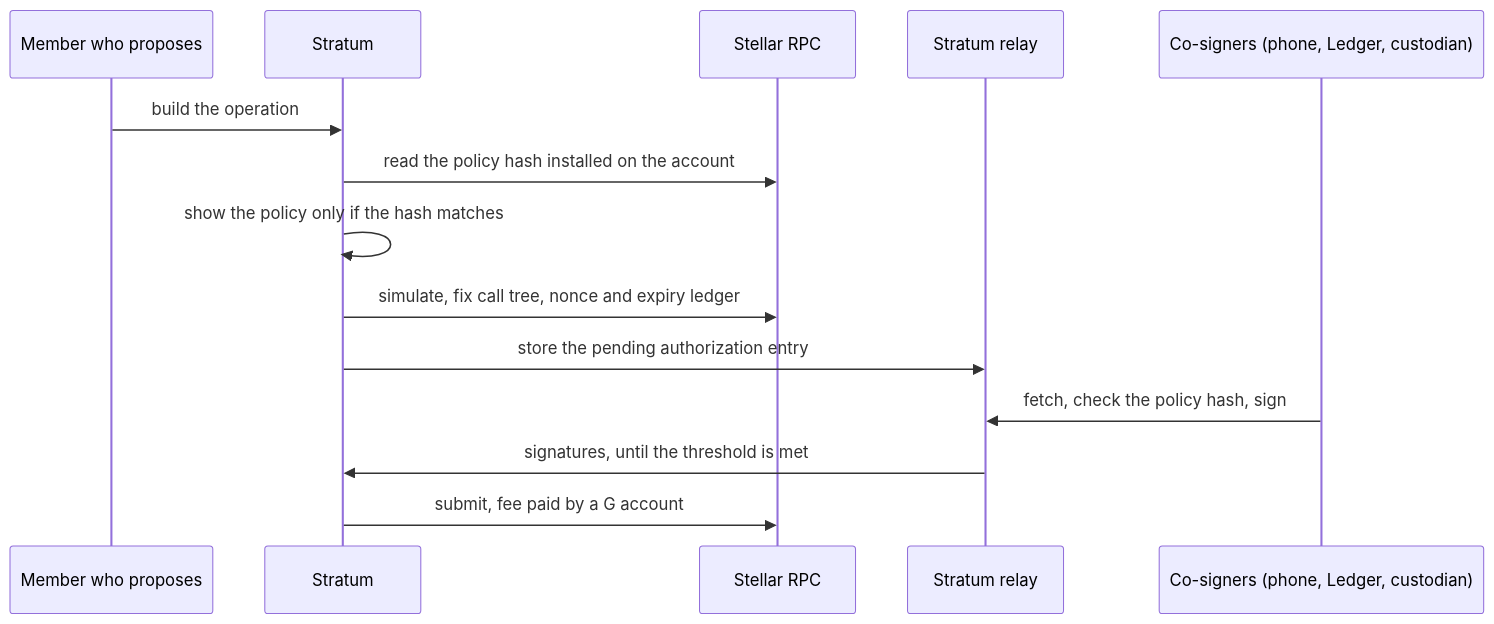
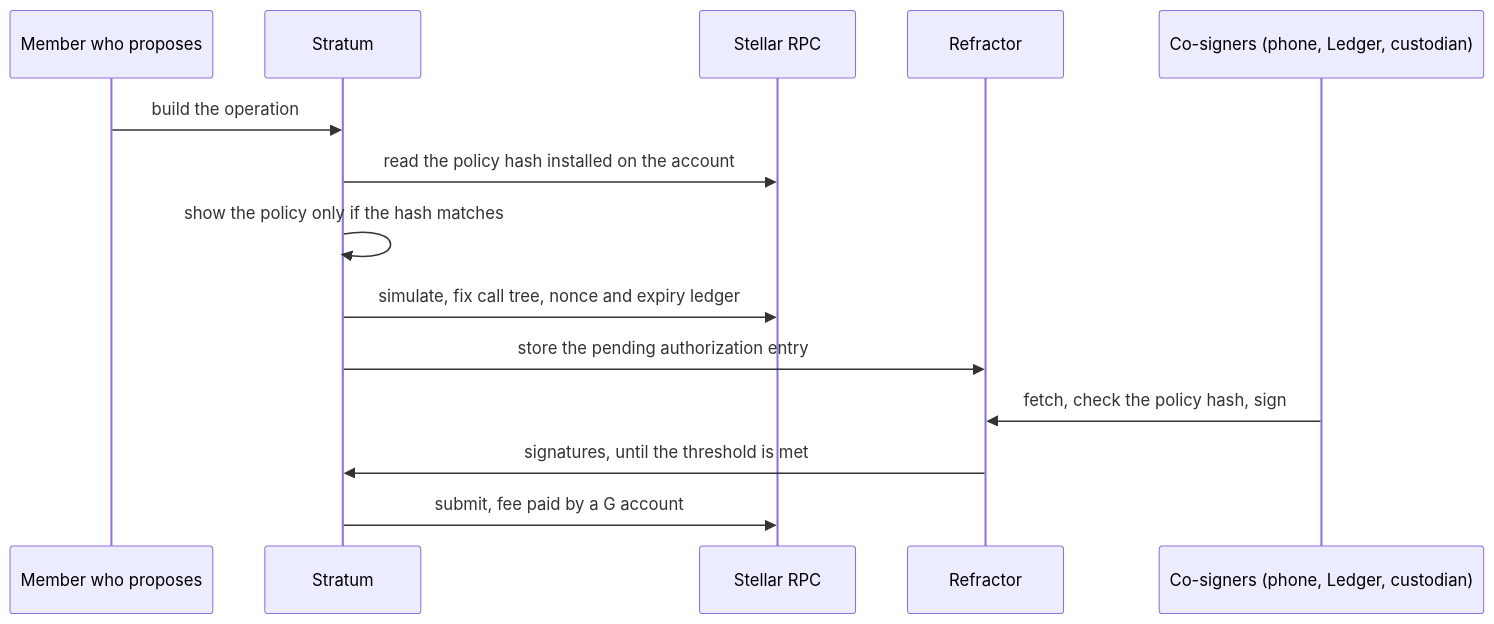
One commit to tupui/stellar-stratum changed the diagram in docs/ARCHITECTURE.md. Above: the diagram before and after it, drawn with Mermaid. The commit also changed other lines of this file and 2 other files, not shown here.

Commit message:
Collect C account signatures through Refractor instead of a Stratum relay

````diff
--- a/docs/ARCHITECTURE.md
+++ b/docs/ARCHITECTURE.md
@@ -50,16 +50,16 @@
 ```mermaid
 sequenceDiagram
   participant M as Member who proposes
   participant S as Stratum
   participant R as Stellar RPC
-  participant Re as Stratum relay
+  participant Re as Refractor
   participant C as Co-signers (phone, Ledger, custodian)
   M->>S: build the operation
   S->>R: read the policy hash installed on the account
   S->>S: show the policy only if the hash matches
   S->>R: simulate, fix call tree, nonce and expiry ledger
   S->>Re: store the pending authorization entry
   C->>Re: fetch, check the policy hash, sign
   Re->>S: signatures, until the threshold is met
   S->>R: submit, fee paid by a G account
 ```
````
